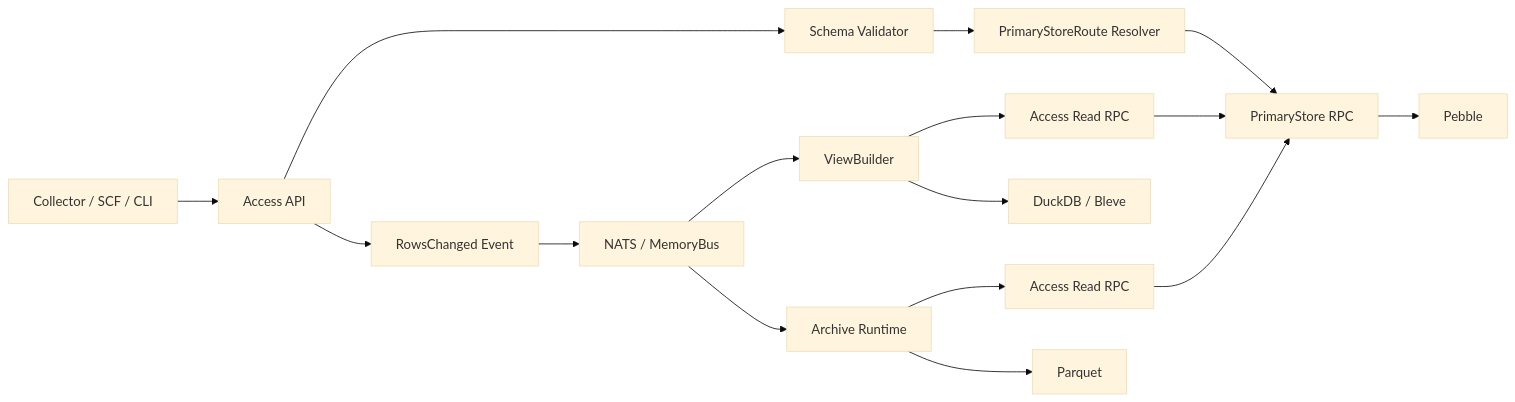
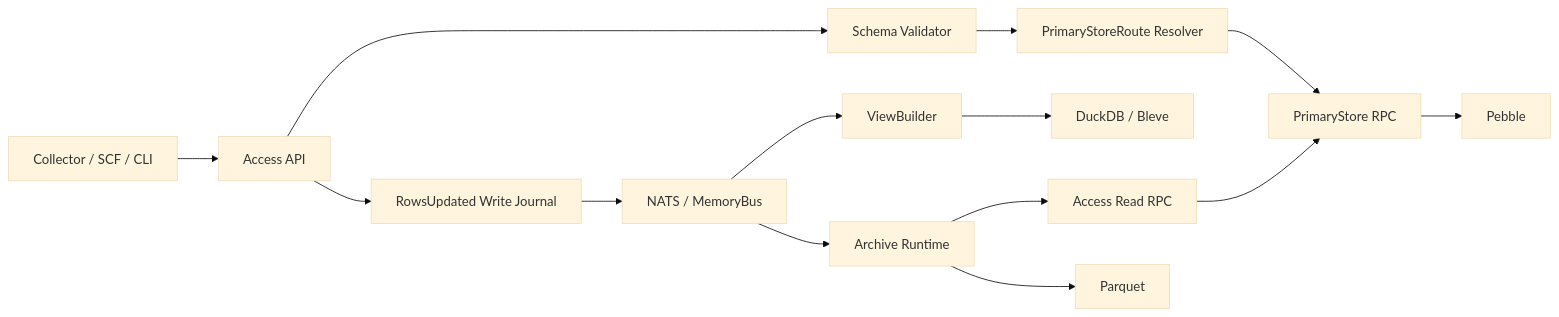
One commit to mooyang-code/moox changed the diagram in docs/存储服务架构与部署.md. Above: the diagram before and after it, drawn with Mermaid (base theme). The commit also changed other lines of this file and 31 other files, not shown here.

Commit message:
fix(storage): harden write journal materialization ordering

````diff
--- a/docs/存储服务架构与部署.md
+++ b/docs/存储服务架构与部署.md
@@ -58,18 +58,16 @@
 ```mermaid
 flowchart LR
     C["Collector / SCF / CLI"] --> A["Access API"]
     A --> V["Schema Validator"]
     V --> R["PrimaryStoreRoute Resolver"]
     R --> P["PrimaryStore RPC"]
     P --> PB["Pebble"]
-    A --> E["RowsChanged Event"]
+    A --> E["RowsUpdated Write Journal"]
     E --> N["NATS / MemoryBus"]
     N --> VB["ViewBuilder"]
     N --> AR["Archive Runtime"]
-    VB --> A2["Access Read RPC"]
-    A2 --> P
     VB --> D["DuckDB / Bleve"]
     AR --> A3["Access Read RPC"]
     A3 --> P
     AR --> PQ["Parquet"]
 ```
````
